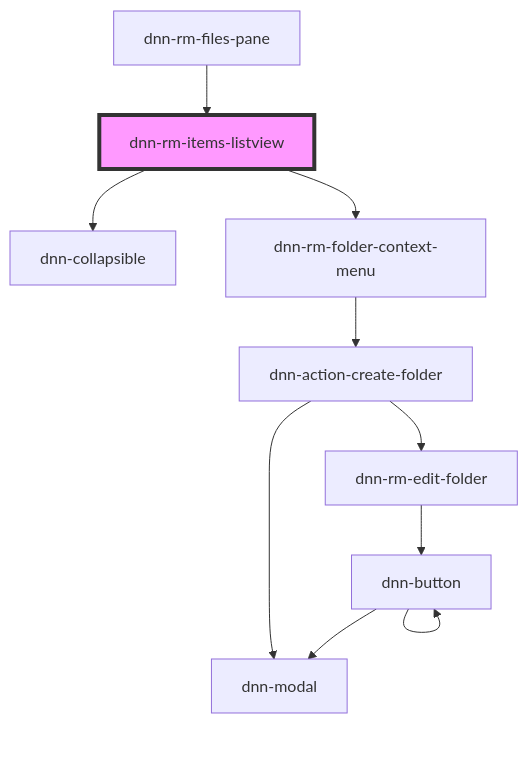
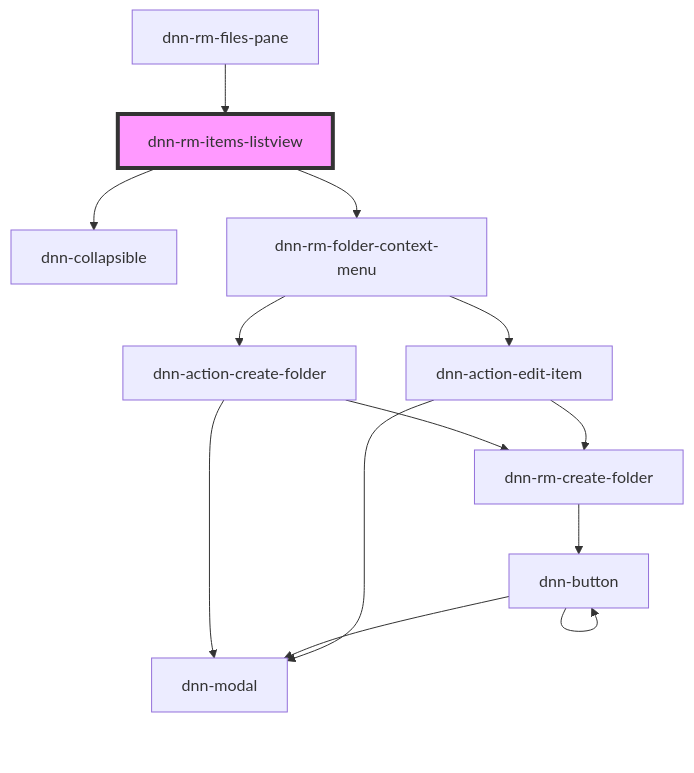
Before and after one commit to dnnsoftware/Dnn.Platform: the diagram in DNN Platform/Modules/ResourceManager/ResourceManager.Web/src/components/dnn-rm-items-listview/readme.md, drawn with Mermaid. The commit also changed 29 other files, not shown here.

````diff
--- a/DNN Platform/Modules/ResourceManager/ResourceManager.Web/src/components/dnn-rm-items-listview/readme.md
+++ b/DNN Platform/Modules/ResourceManager/ResourceManager.Web/src/components/dnn-rm-items-listview/readme.md
@@ -27,13 +27,16 @@
 ```mermaid
 graph TD;
   dnn-rm-items-listview --> dnn-collapsible
   dnn-rm-items-listview --> dnn-rm-folder-context-menu
   dnn-rm-folder-context-menu --> dnn-action-create-folder
+  dnn-rm-folder-context-menu --> dnn-action-edit-item
   dnn-action-create-folder --> dnn-modal
-  dnn-action-create-folder --> dnn-rm-edit-folder
-  dnn-rm-edit-folder --> dnn-button
+  dnn-action-create-folder --> dnn-rm-create-folder
+  dnn-rm-create-folder --> dnn-button
   dnn-button --> dnn-modal
   dnn-button --> dnn-button
+  dnn-action-edit-item --> dnn-modal
+  dnn-action-edit-item --> dnn-rm-create-folder
   dnn-rm-files-pane --> dnn-rm-items-listview
   style dnn-rm-items-listview fill:#f9f,stroke:#333,stroke-width:4px
 ```
````
